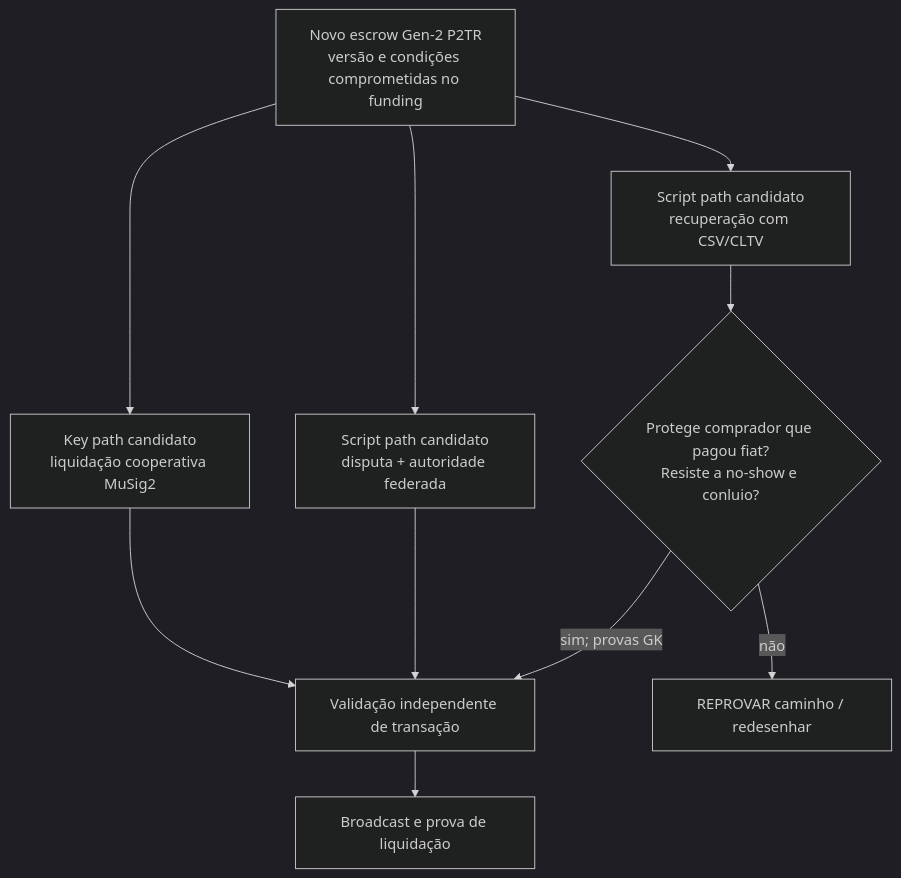
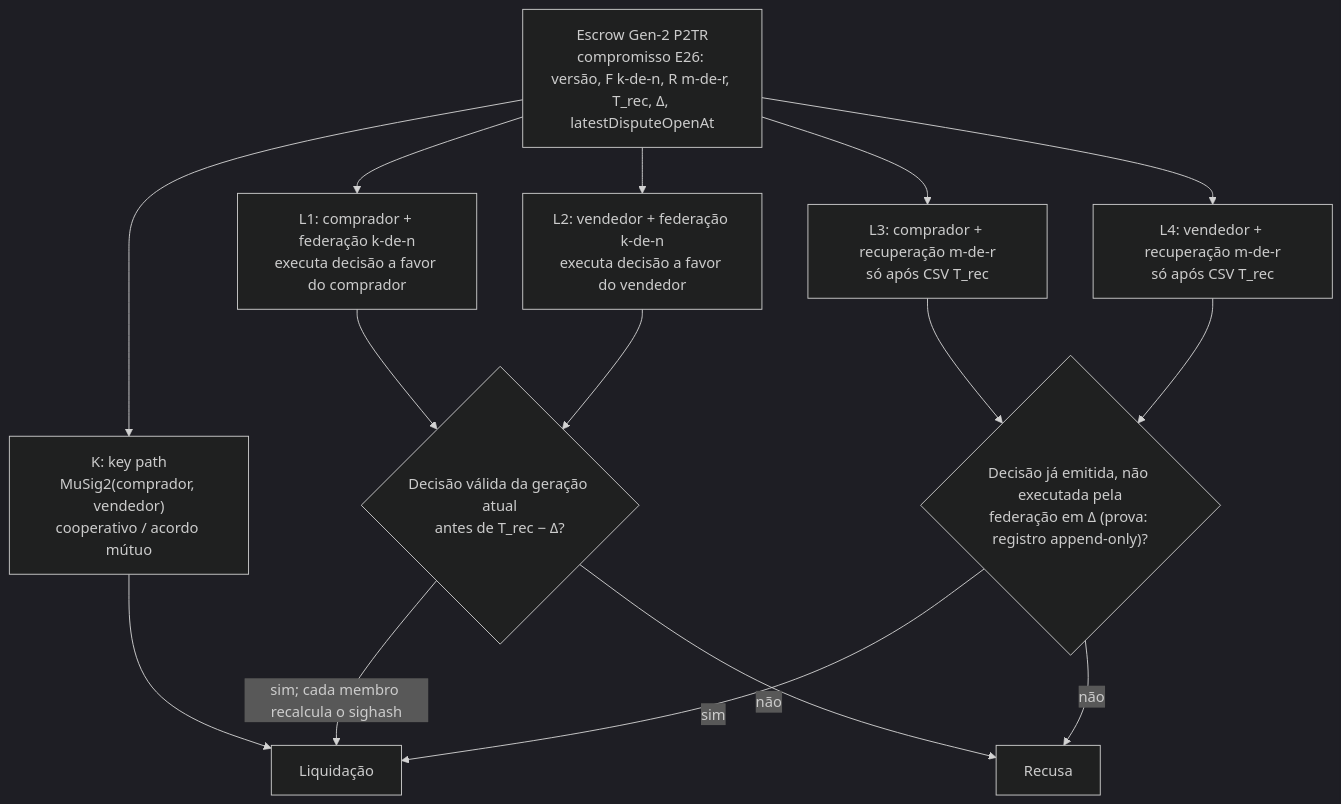
The third of 3 diagrams in docs/architecture/SAILS_SIGNING_FEDERATION/README.md (sails-protocol/Sails-Protocol), drawn with Mermaid (dark theme) before and after one commit. The commit also changed other lines of this file and 1 other file, not shown here.

````diff
--- a/docs/architecture/SAILS_SIGNING_FEDERATION/README.md
+++ b/docs/architecture/SAILS_SIGNING_FEDERATION/README.md
@@ -79,13 +84,18 @@
 ```mermaid
 flowchart TD
-  E["Novo escrow Gen-2 P2TR<br/>versão e condições comprometidas no funding"]
-  E --> K["Key path candidato<br/>liquidação cooperativa MuSig2"]
-  E --> D["Script path candidato<br/>disputa + autoridade federada"]
-  E --> T["Script path candidato<br/>recuperação com CSV/CLTV"]
-  K --> Z["Validação independente de transação"]
-  D --> Z
-  T --> Q{"Protege comprador que pagou fiat?<br/>Resiste a no-show e conluio?"}
-  Q -->|"não"| H["REPROVAR caminho / redesenhar"]
-  Q -->|"sim; provas GK"| Z
-  Z --> F["Broadcast e prova de liquidação"]
+  E["Escrow Gen-2 P2TR<br/>compromisso E26: versão, F k-de-n, R m-de-r, T_rec, Δ, latestDisputeOpenAt"]
+  E --> K["K: key path<br/>MuSig2(comprador, vendedor)<br/>cooperativo / acordo mútuo"]
+  E --> L1["L1: comprador + federação k-de-n<br/>executa decisão a favor do comprador"]
+  E --> L2["L2: vendedor + federação k-de-n<br/>executa decisão a favor do vendedor"]
+  E --> L3["L3: comprador + recuperação m-de-r<br/>só após CSV T_rec"]
+  E --> L4["L4: vendedor + recuperação m-de-r<br/>só após CSV T_rec"]
+  L1 --> C1{"Decisão válida da geração atual<br/>antes de T_rec − Δ?"}
+  L2 --> C1
+  L3 --> C2{"Decisão já emitida, não executada pela<br/>federação em Δ (prova: registro append-only)?"}
+  L4 --> C2
+  C1 -->|"sim; cada membro recalcula o sighash"| Z["Liquidação"]
+  C2 -->|"sim"| Z
+  C1 -->|"não"| X["Recusa"]
+  C2 -->|"não"| X
+  K --> Z
 ```
````
